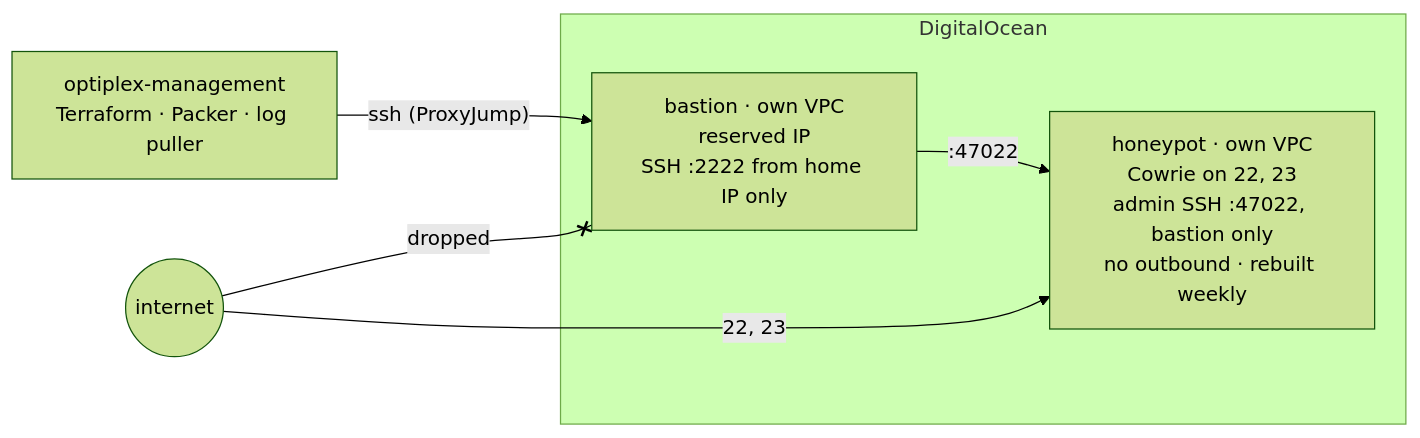
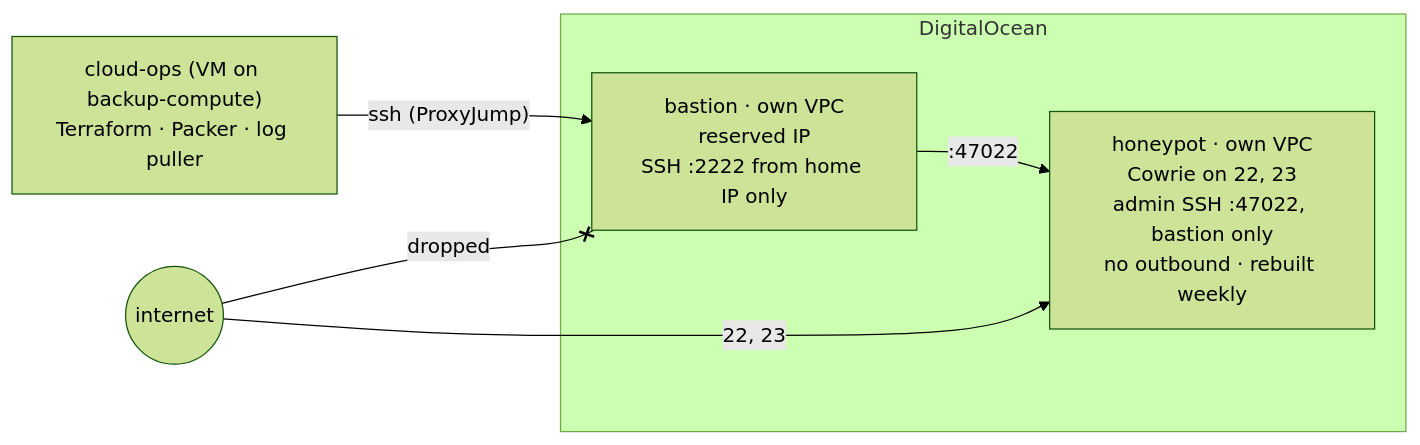
One commit to j-will178/homelab-showcase changed the diagram in honeypot/README.md. Above: the diagram before and after it, drawn with Mermaid (forest theme). The commit also changed other lines of this file and 30 other files, not shown here.

````diff
--- a/honeypot/README.md
+++ b/honeypot/README.md
@@ -7,13 +7,13 @@
 ```mermaid
 flowchart LR
-    OPT["optiplex-management<br/>Terraform · Packer · log puller"]
+    OPT["cloud-ops (VM on backup-compute)<br/>Terraform · Packer · log puller"]
     subgraph cloud["DigitalOcean"]
         BAS["bastion · own VPC<br/>reserved IP<br/>SSH :2222 from home IP only"]
         HP["honeypot · own VPC<br/>Cowrie on 22, 23<br/>admin SSH :47022, bastion only<br/>no outbound · rebuilt weekly"]
     end
     NET(("internet"))
     OPT -->|"ssh (ProxyJump)"| BAS
     BAS -->|":47022"| HP
     NET -->|"22, 23"| HP
     NET --x|"dropped"| BAS
 ```
````
